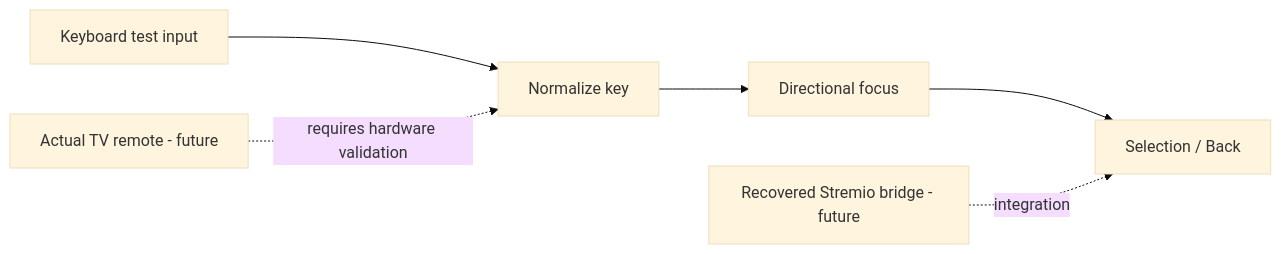
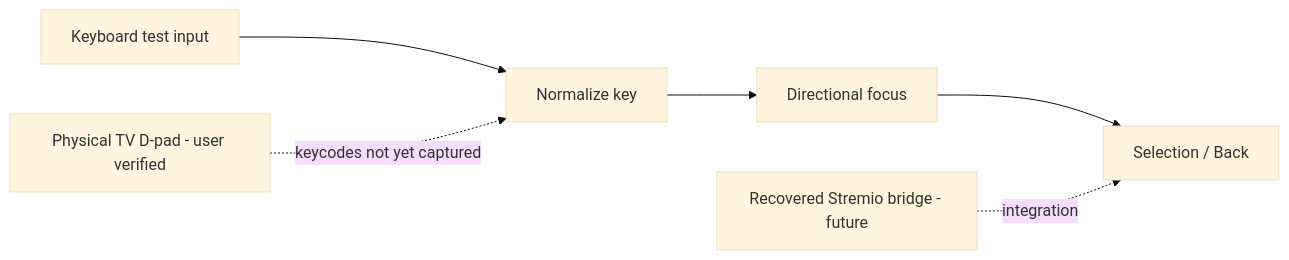
One commit to LumenHelixLab/MAITV changed the diagram in README.md. Above: the diagram before and after it, drawn with Mermaid (base theme). The commit also changed other lines of this file and 4 other files, not shown here.

Commit message:
Document verified Vizio D-pad and Torrentio account restore

````diff
--- a/README.md
+++ b/README.md
@@ -95,8 +96,8 @@
 ```mermaid
 flowchart LR
     A[Keyboard test input] --> B[Normalize key]
     B --> C[Directional focus]
     C --> D[Selection / Back]
-    E[Actual TV remote - future] -.requires hardware validation.-> B
+    E[Physical TV D-pad - user verified] -.keycodes not yet captured.-> B
     F[Recovered Stremio bridge - future] -.integration.-> D
 ```
````
